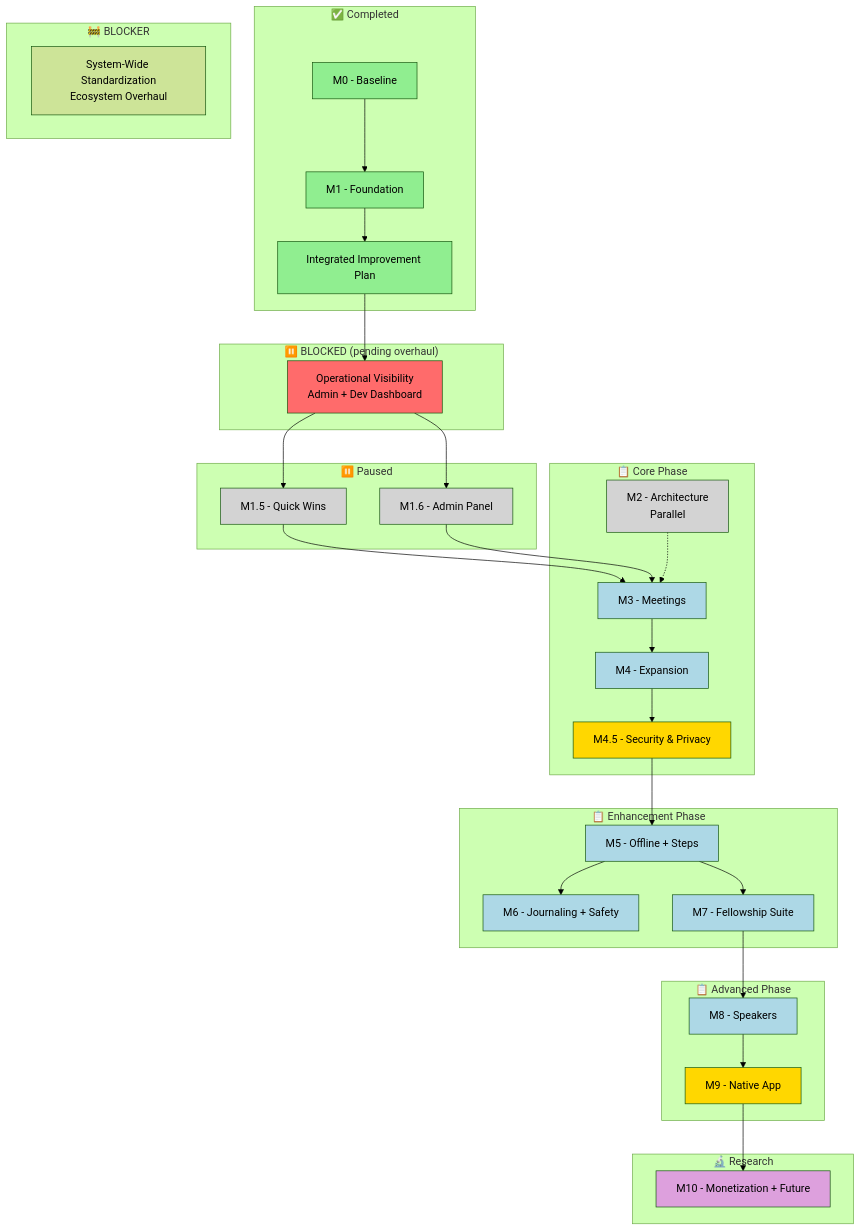
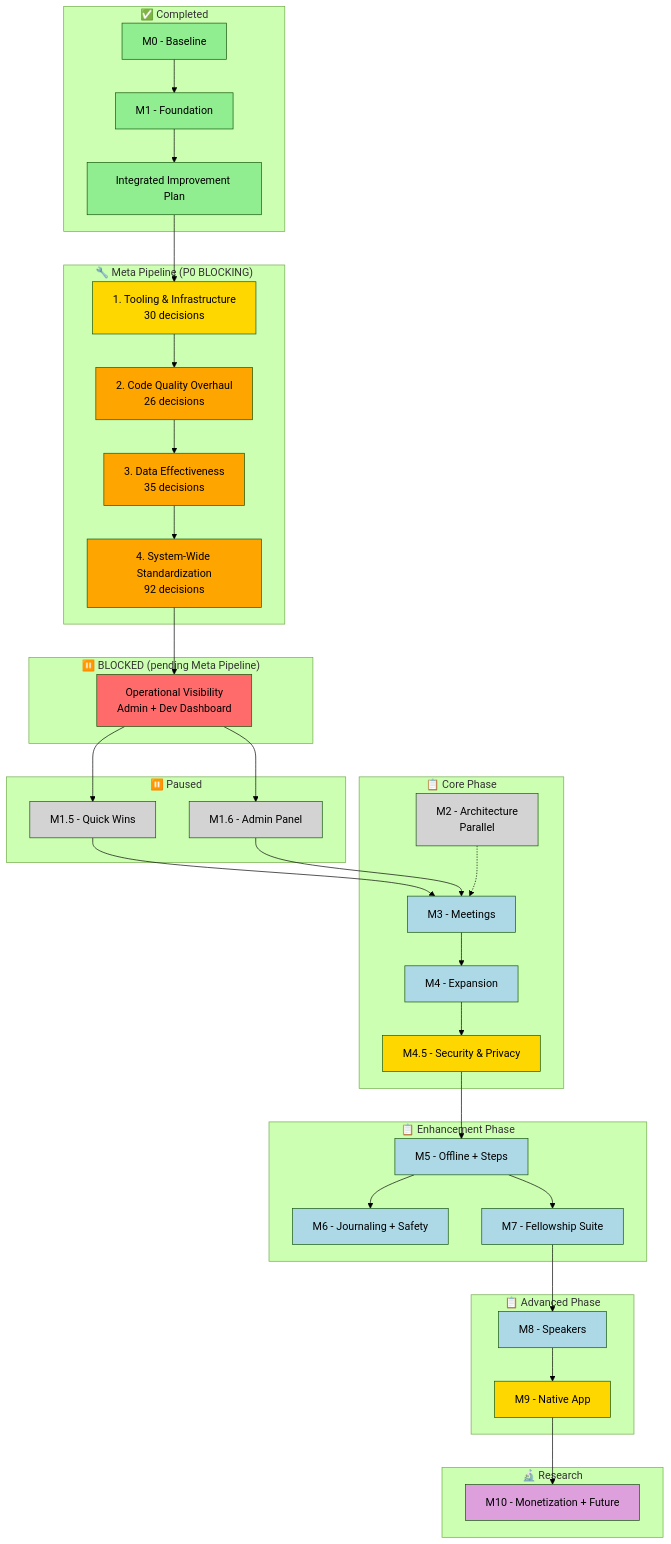
One commit to jasonmichaelbell78-creator/sonash-v0 changed the diagram in ROADMAP.md. Above: the diagram before and after it, drawn with Mermaid (forest theme). The commit also changed other lines of this file and 5 other files, not shown here.

First line of the commit message:
docs: align 4 plans with SWS forward-compat, CI guardrails, ROADMAP Meta Pipeline

```diff
--- a/ROADMAP.md
+++ b/ROADMAP.md
@@ -145,11 +148,15 @@
         DOC[Integrated Improvement Plan]
     end
 
-    subgraph Blocker["🚧 BLOCKER"]
-        SWS[System-Wide Standardization\nEcosystem Overhaul]
+    subgraph MetaPipeline["🔧 Meta Pipeline (P0 BLOCKING)"]
+        TOOL[1. Tooling & Infrastructure\n30 decisions]
+        CQ[2. Code Quality Overhaul\n26 decisions]
+        DE[3. Data Effectiveness\n35 decisions]
+        SWS[4. System-Wide Standardization\n92 decisions]
+        TOOL --> CQ --> DE --> SWS
     end
 
-    subgraph Blocked["⏸️ BLOCKED (pending overhaul)"]
+    subgraph Blocked["⏸️ BLOCKED (pending Meta Pipeline)"]
         OVS[Operational Visibility\nAdmin + Dev Dashboard]
     end
 
@@ -182,7 +189,8 @@
 
     M0 --> M1
     M1 --> DOC
-    DOC --> OVS
+    DOC --> TOOL
+    SWS --> OVS
     OVS --> M15
     OVS --> M16
     M15 --> M3
@@ -200,6 +208,10 @@
     style M0 fill:#90EE90
     style M1 fill:#90EE90
     style DOC fill:#90EE90
+    style TOOL fill:#FFD700
+    style CQ fill:#FFA500
+    style DE fill:#FFA500
+    style SWS fill:#FFA500
     style OVS fill:#FF6B6B
     style M15 fill:#D3D3D3
     style M16 fill:#D3D3D3
```
